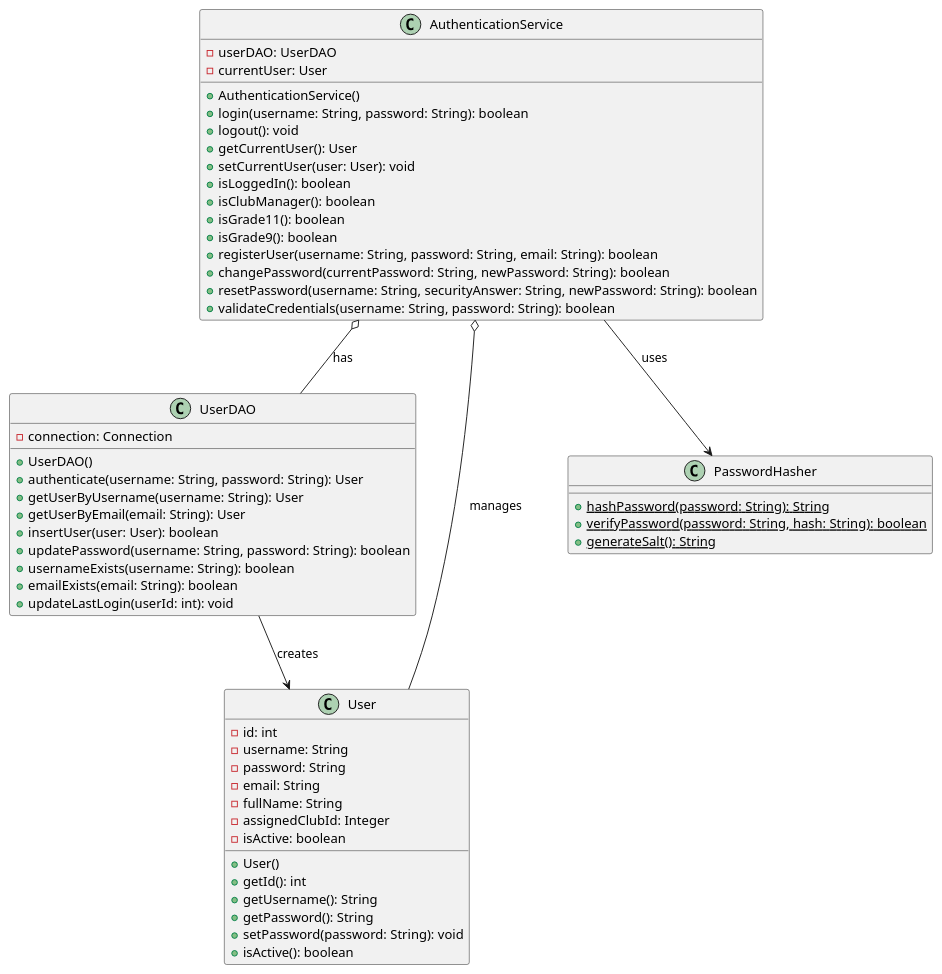
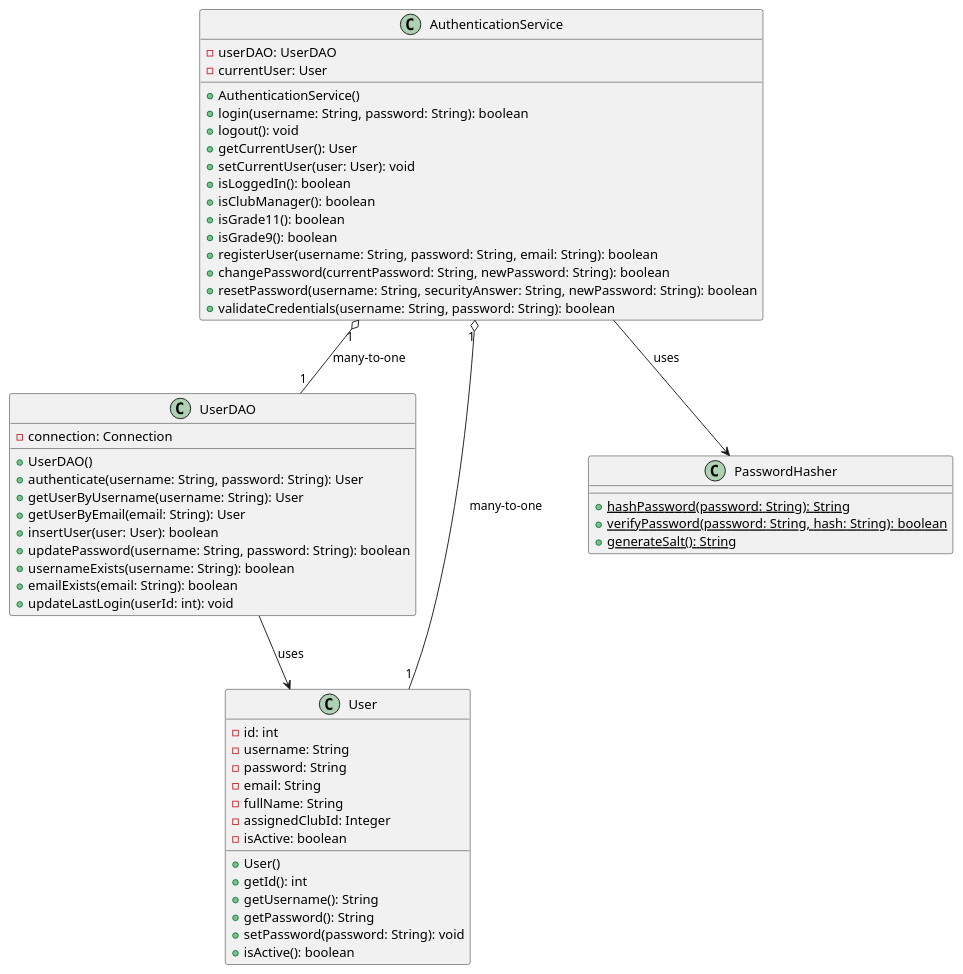
One commit to hybr/iacm changed the diagram in club-management-system/authentication-service-diagram.puml. Above: the diagram before and after it, drawn with PlantUML. The commit also changed 2 other files, not shown here.

```diff
--- a/club-management-system/authentication-service-diagram.puml
+++ b/club-management-system/authentication-service-diagram.puml
@@ -1,61 +1,61 @@
 @startuml Authentication Service
 
 class AuthenticationService {
   - userDAO: UserDAO
   - currentUser: User
   + AuthenticationService()
   + login(username: String, password: String): boolean
   + logout(): void
   + getCurrentUser(): User
   + setCurrentUser(user: User): void
   + isLoggedIn(): boolean
   + isClubManager(): boolean
   + isGrade11(): boolean
   + isGrade9(): boolean
   + registerUser(username: String, password: String, email: String): boolean
   + changePassword(currentPassword: String, newPassword: String): boolean
   + resetPassword(username: String, securityAnswer: String, newPassword: String): boolean
   + validateCredentials(username: String, password: String): boolean
 }
 
 class UserDAO {
   - connection: Connection
   + UserDAO()
   + authenticate(username: String, password: String): User
   + getUserByUsername(username: String): User
   + getUserByEmail(email: String): User
   + insertUser(user: User): boolean
   + updatePassword(username: String, password: String): boolean
   + usernameExists(username: String): boolean
   + emailExists(email: String): boolean
   + updateLastLogin(userId: int): void
 }
 
 class User {
   - id: int
   - username: String
   - password: String
   - email: String
   - fullName: String
   - assignedClubId: Integer
   - isActive: boolean
   + User()
   + getId(): int
   + getUsername(): String
   + getPassword(): String
   + setPassword(password: String): void
   + isActive(): boolean
 }
 
 class PasswordHasher {
   + {static} hashPassword(password: String): String
   + {static} verifyPassword(password: String, hash: String): boolean
   + {static} generateSalt(): String
 }
 
-AuthenticationService o-- UserDAO : has
-AuthenticationService o-- User : manages
+AuthenticationService "1" o-- "1" UserDAO : many-to-one
+AuthenticationService "1" o-- "1" User : many-to-one
 AuthenticationService --> PasswordHasher : uses
-UserDAO --> User : creates
+UserDAO --> User : uses
 
 @enduml
```
